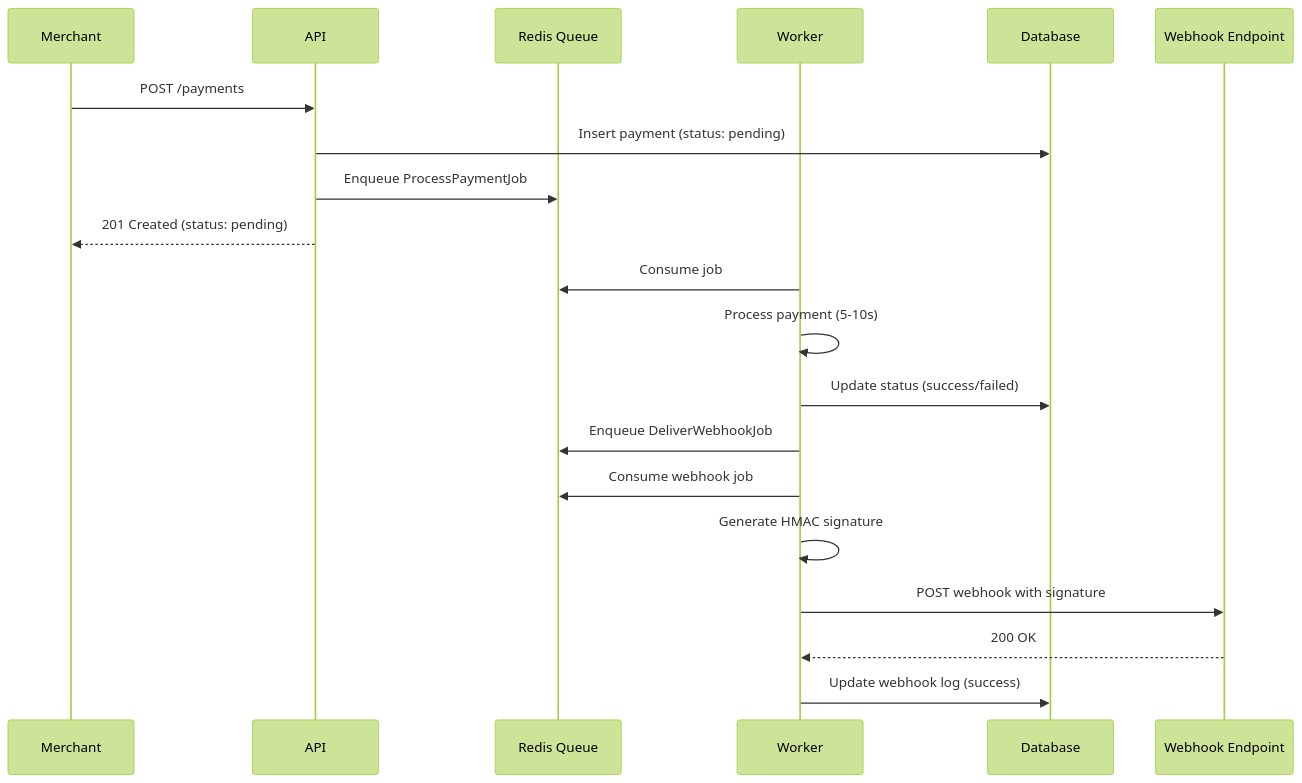
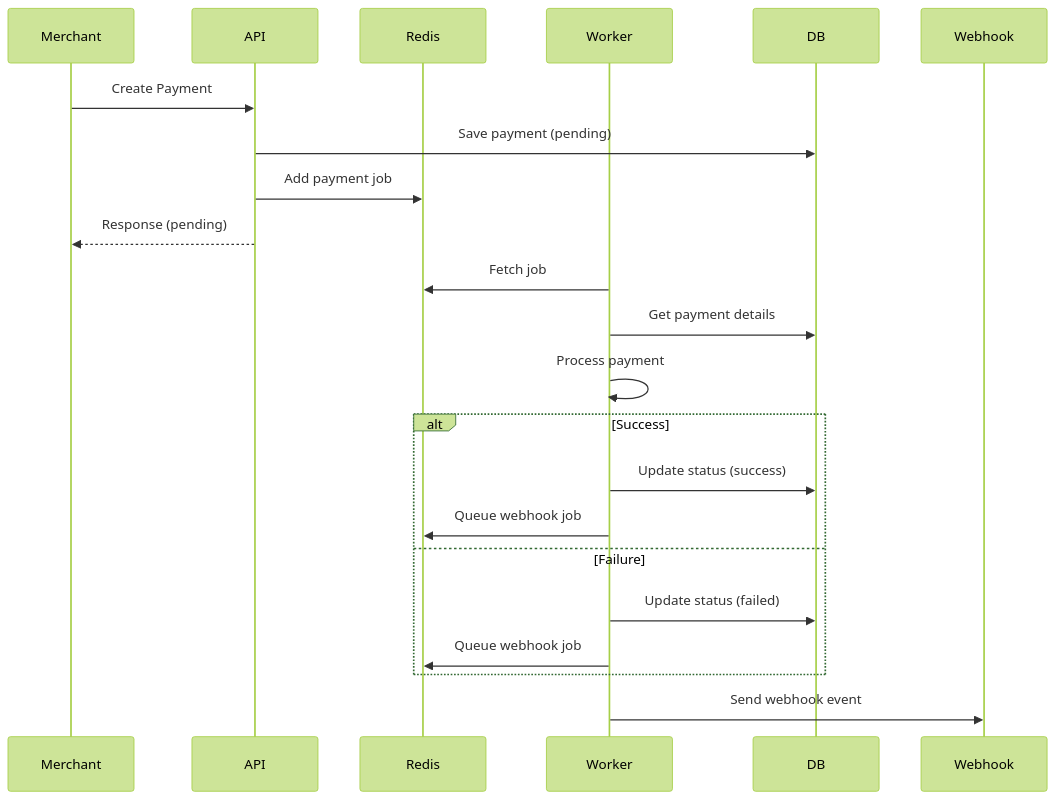
One commit to vinay-nethala/Payment-Gateway-with-Async-Processing changed the second of 4 diagrams in docs/ARCHITECTURE.md. Above: the diagram before and after it, drawn with Mermaid (forest theme). The commit also changed other lines of this file, not shown here.

````diff
--- a/docs/ARCHITECTURE.md
+++ b/docs/ARCHITECTURE.md
@@ -58,25 +44,29 @@
 ```mermaid
+
 sequenceDiagram
-    participant M as Merchant
-    participant A as API
-    participant R as Redis Queue
-    participant W as Worker
-    participant DB as Database
-    participant WH as Webhook Endpoint
-    
-    M->>A: POST /payments
-    A->>DB: Insert payment (status: pending)
-    A->>R: Enqueue ProcessPaymentJob
-    A-->>M: 201 Created (status: pending)
-    
-    W->>R: Consume job
-    W->>W: Process payment (5-10s)
-    W->>DB: Update status (success/failed)
-    W->>R: Enqueue DeliverWebhookJob
-    
-    W->>R: Consume webhook job
-    W->>W: Generate HMAC signature
-    W->>WH: POST webhook with signature
-    WH-->>W: 200 OK
-    W->>DB: Update webhook log (success)
+    participant Merchant
+    participant API
+    participant Redis
+    participant Worker
+    participant DB
+    participant Webhook
+
+    Merchant->>API: Create Payment
+    API->>DB: Save payment (pending)
+    API->>Redis: Add payment job
+    API-->>Merchant: Response (pending)
+
+    Worker->>Redis: Fetch job
+    Worker->>DB: Get payment details
+    Worker->>Worker: Process payment
+
+    alt Success
+        Worker->>DB: Update status (success)
+        Worker->>Redis: Queue webhook job
+    else Failure
+        Worker->>DB: Update status (failed)
+        Worker->>Redis: Queue webhook job
+    end
+
+    Worker->>Webhook: Send webhook event
 ```
````
